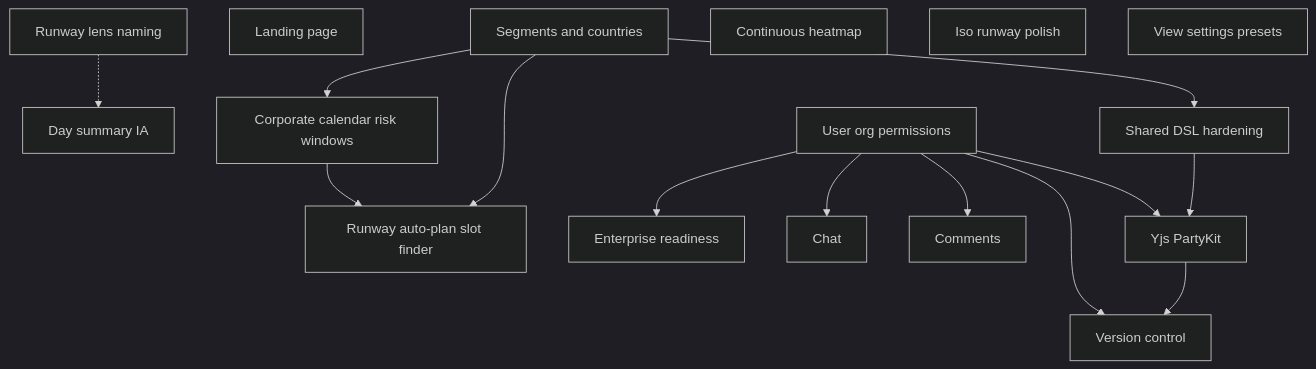
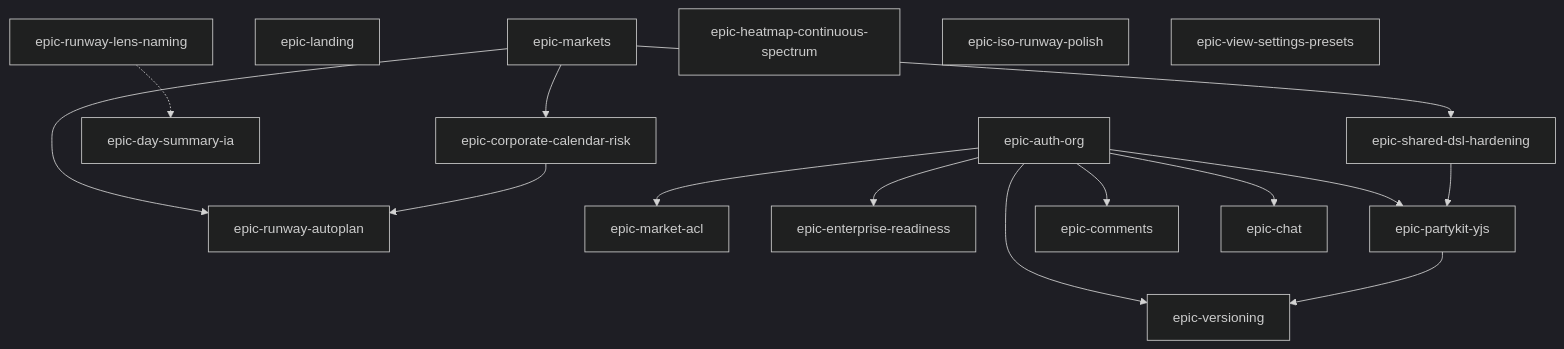
One commit to littleroboto/capacity changed the diagram in docs/BACKLOG_EPICS.md. Above: the diagram before and after it, drawn with Mermaid (dark theme). The commit also changed other lines of this file and 31 other files, not shown here.

First line of the commit message:
feat: landing site, segments, shared DSL UX, December store pressure

````diff
--- a/docs/BACKLOG_EPICS.md
+++ b/docs/BACKLOG_EPICS.md
@@ -350,31 +383,33 @@
 ```mermaid
 flowchart TD
-  A[Segments and countries]
-  B[Landing page]
-  C[Shared DSL hardening]
-  U1[Runway lens naming]
-  U2[Continuous heatmap]
-  U3[Day summary IA]
-  U4[Iso runway polish]
-  U5[View settings presets]
-  P[Runway auto-plan slot finder]
-  R[Corporate calendar risk windows]
-  D[User org permissions]
-  Q[Enterprise readiness]
-  E[Yjs PartyKit]
-  F[Version control]
-  G[Comments]
-  H[Chat]
+  A[epic-markets]
+  B[epic-landing]
+  C[epic-shared-dsl-hardening]
+  U1[epic-runway-lens-naming]
+  U2[epic-heatmap-continuous-spectrum]
+  U3[epic-day-summary-ia]
+  U4[epic-iso-runway-polish]
+  U5[epic-view-settings-presets]
+  P[epic-runway-autoplan]
+  R[epic-corporate-calendar-risk]
+  D[epic-auth-org]
+  M[epic-market-acl]
+  Q[epic-enterprise-readiness]
+  E[epic-partykit-yjs]
+  F[epic-versioning]
+  G[epic-comments]
+  H[epic-chat]
   A --> C
   A --> P
   A --> R
   R --> P
+  D --> M
   D --> E
   D --> F
   D --> G
   D --> H
   D --> Q
   E --> F
   C --> E
   U1 -.-> U3
 ```
````
